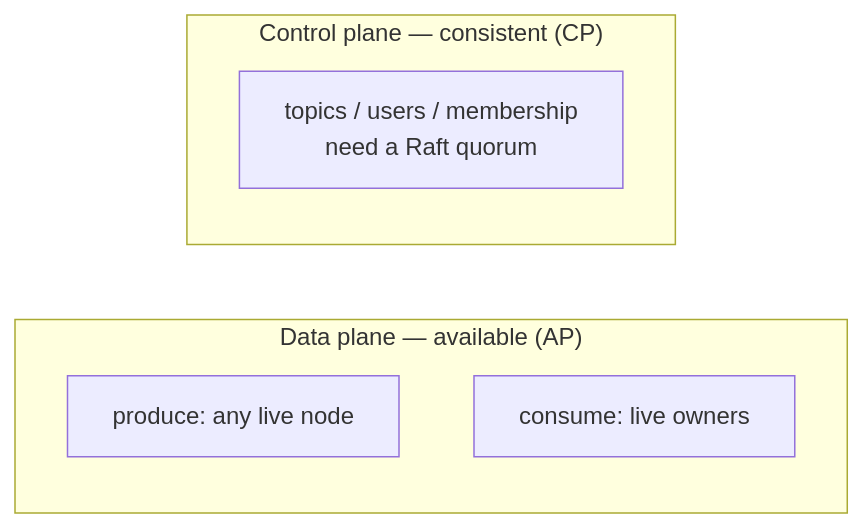
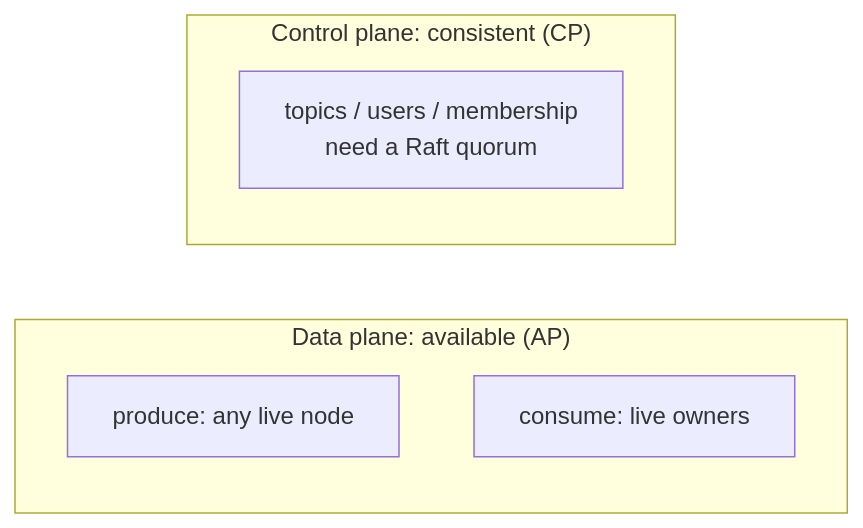
One commit to DebanganThakuria/narad changed the second of 2 diagrams in docs/client/guarantees-and-errors.md. Above: the diagram before and after it, drawn with Mermaid. The commit also changed other lines of this file and 26 other files, not shown here.

````diff
--- a/docs/client/guarantees-and-errors.md
+++ b/docs/client/guarantees-and-errors.md
@@ -43,10 +43,10 @@
 ```mermaid
 flowchart LR
-    subgraph ap["Data plane — available (AP)"]
+    subgraph ap["Data plane: available (AP)"]
         PRO[produce: any live node]
         CON[consume: live owners]
     end
-    subgraph cp["Control plane — consistent (CP)"]
+    subgraph cp["Control plane: consistent (CP)"]
         META["topics / users / membership<br/>need a Raft quorum"]
     end
 ```
````
